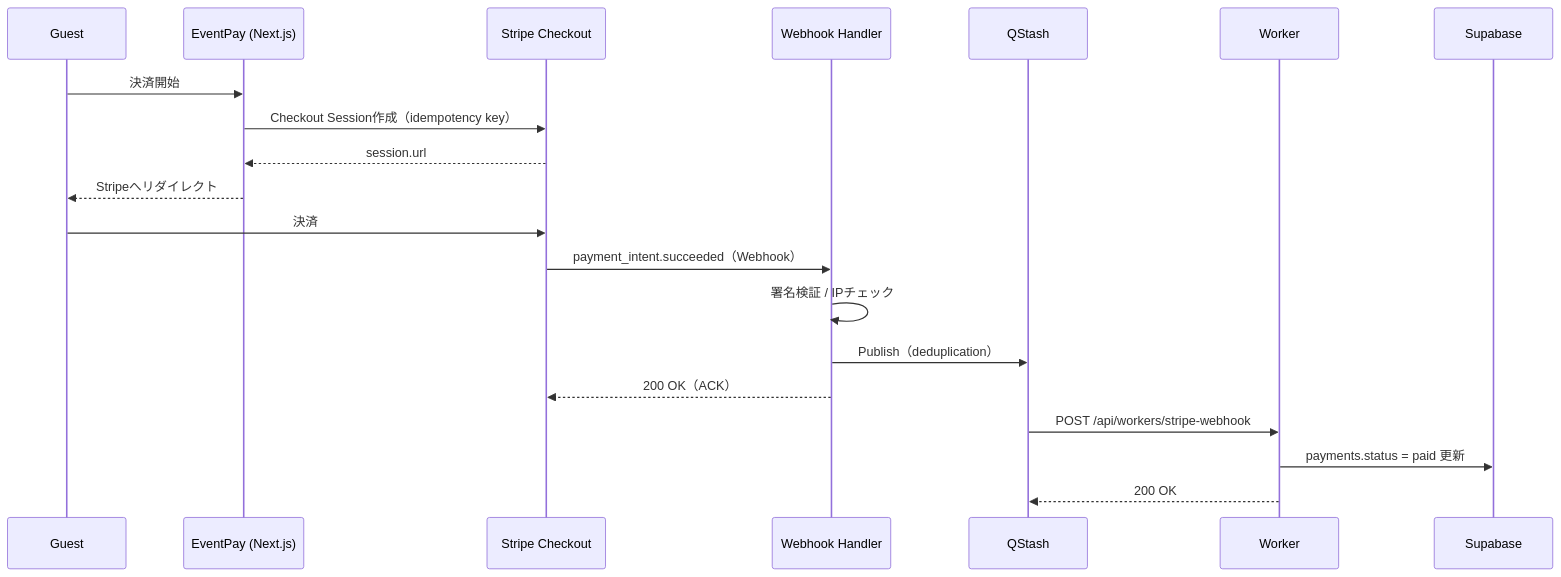
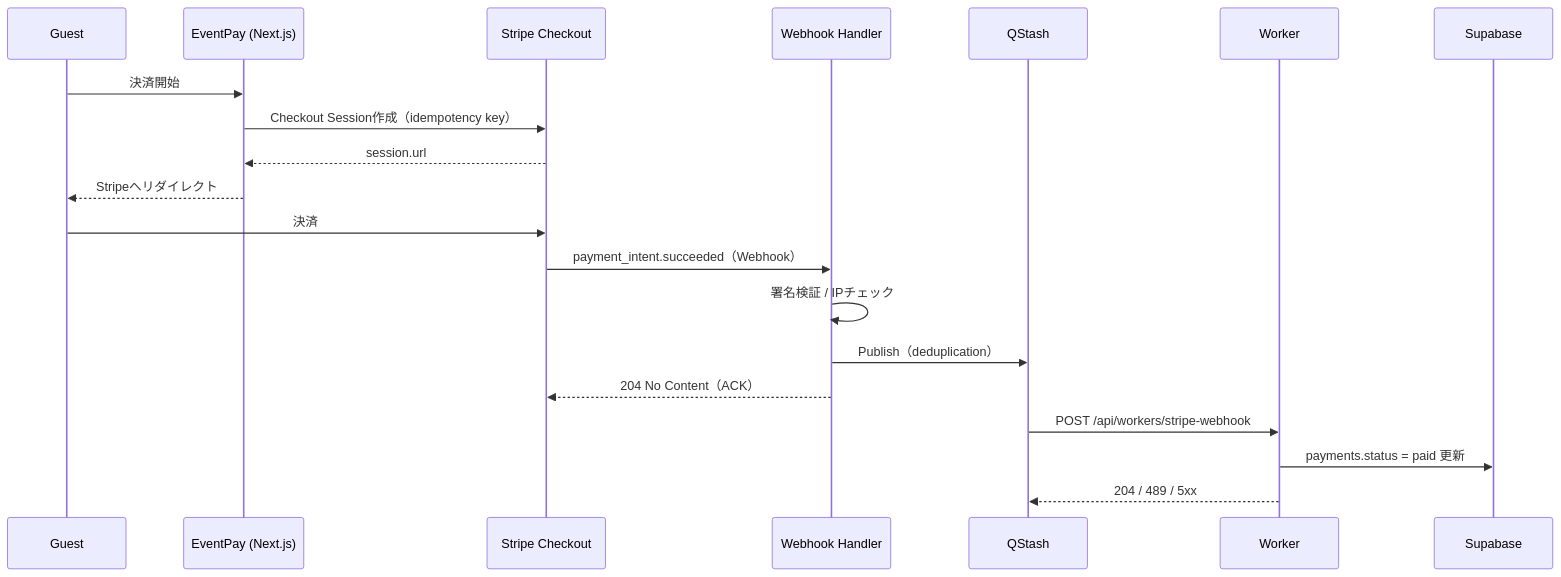
One commit to rytkhs/event-pay changed the diagram in docs/flows/online-payment.md. Above: the diagram before and after it, drawn with Mermaid. The commit also changed other lines of this file and 6 other files, not shown here.

````diff
--- a/docs/flows/online-payment.md
+++ b/docs/flows/online-payment.md
@@ -28,25 +29,25 @@
 ```mermaid
 sequenceDiagram
   participant G as Guest
   participant App as EventPay (Next.js)
   participant Stripe as Stripe Checkout
   participant WH as Webhook Handler
   participant Q as QStash
   participant W as Worker
   participant DB as Supabase
 
   G->>App: 決済開始
   App->>Stripe: Checkout Session作成（idempotency key）
   Stripe-->>App: session.url
   App-->>G: Stripeへリダイレクト
 
   G->>Stripe: 決済
   Stripe->>WH: payment_intent.succeeded（Webhook）
   WH->>WH: 署名検証 / IPチェック
   WH->>Q: Publish（deduplication）
-  WH-->>Stripe: 200 OK（ACK）
+  WH-->>Stripe: 204 No Content（ACK）
 
   Q->>W: POST /api/workers/stripe-webhook
   W->>DB: payments.status = paid 更新
-  W-->>Q: 200 OK
+  W-->>Q: 204 / 489 / 5xx
 ```
````
